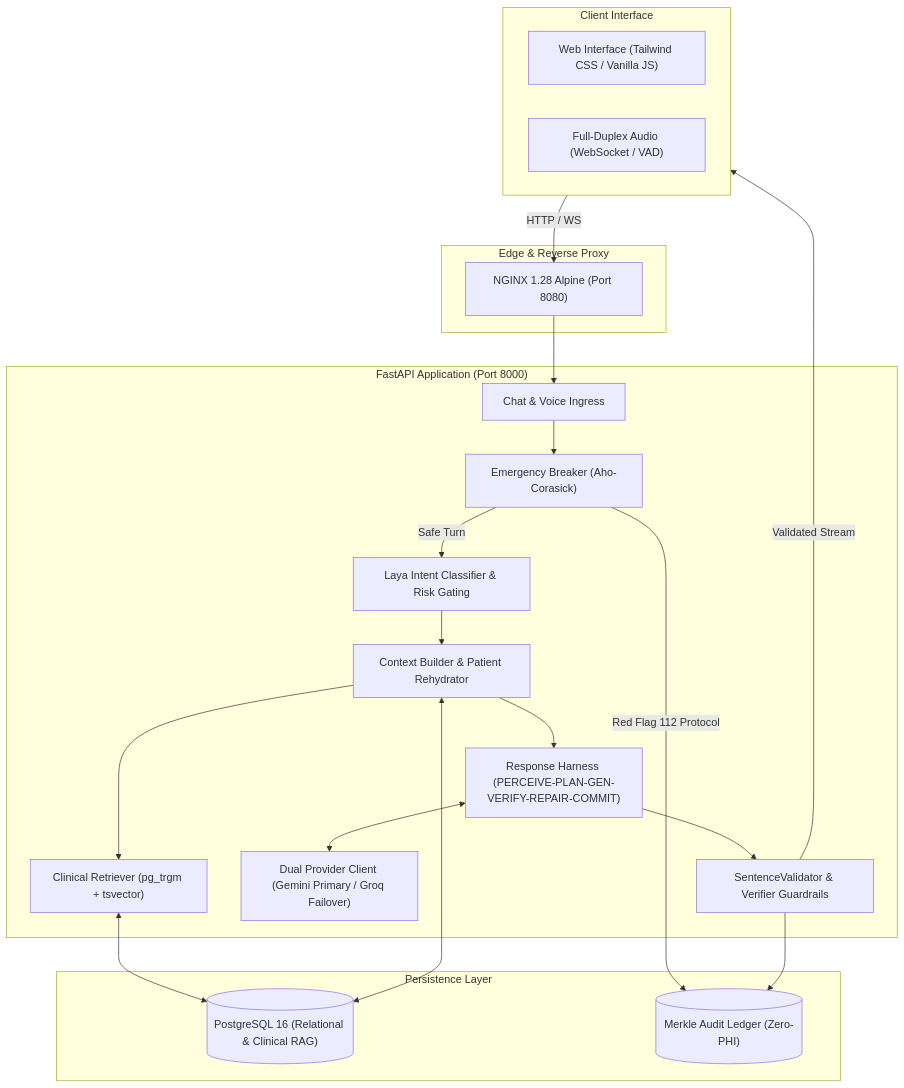
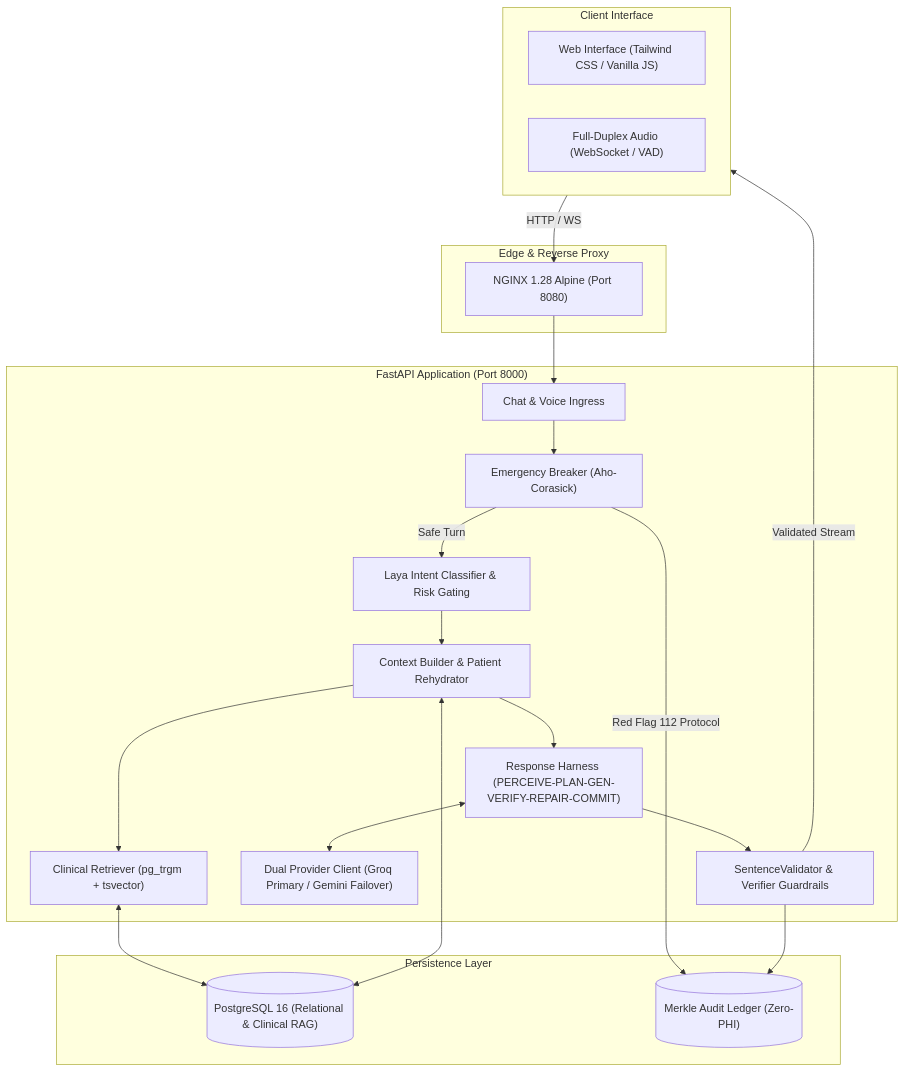
Before and after one commit to saahilpal/disha-ai: the diagram in README.md, drawn with Mermaid. The commit also changed other lines of this file and 5 other files, not shown here.

````diff
--- a/README.md
+++ b/README.md
@@ -19,42 +19,42 @@
 ```mermaid
 flowchart TD
     subgraph Client ["Client Interface"]
         WebUI["Web Interface (Tailwind CSS / Vanilla JS)"]
         VoiceWS["Full-Duplex Audio (WebSocket / VAD)"]
     end
 
     subgraph Edge ["Edge & Reverse Proxy"]
         Nginx["NGINX 1.28 Alpine (Port 8080)"]
     end
 
     subgraph Core ["FastAPI Application (Port 8000)"]
         Router["Chat & Voice Ingress"]
         Breaker["Emergency Breaker (Aho-Corasick)"]
         Classifier["Laya Intent Classifier & Risk Gating"]
         Context["Context Builder & Patient Rehydrator"]
         Retriever["Clinical Retriever (pg_trgm + tsvector)"]
         Harness["Response Harness (PERCEIVE-PLAN-GEN-VERIFY-REPAIR-COMMIT)"]
-        DualLLM["Dual Provider Client (Gemini Primary / Groq Failover)"]
+        DualLLM["Dual Provider Client (Groq Primary / Gemini Failover)"]
         Validator["SentenceValidator & Verifier Guardrails"]
     end
 
     subgraph Storage ["Persistence Layer"]
         Postgres[("PostgreSQL 16 (Relational & Clinical RAG)")]
         Ledger[("Merkle Audit Ledger (Zero-PHI)")]
     end
 
     Client -->|HTTP / WS| Nginx
     Nginx --> Router
     Router --> Breaker
     Breaker -->|Red Flag 112 Protocol| Ledger
     Breaker -->|Safe Turn| Classifier
     Classifier --> Context
     Context --> Retriever
     Retriever <--> Postgres
     Context <--> Postgres
     Context --> Harness
     Harness <--> DualLLM
     Harness --> Validator
     Validator --> Ledger
     Validator -->|Validated Stream| Client
 ```
````
